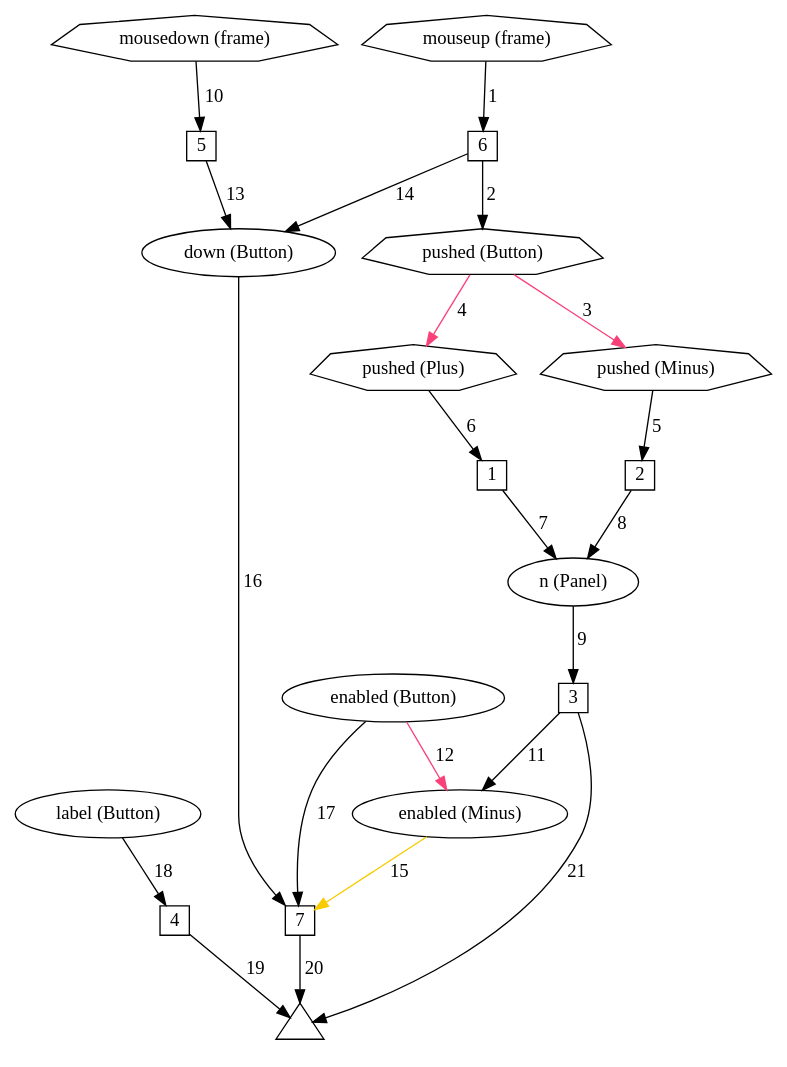
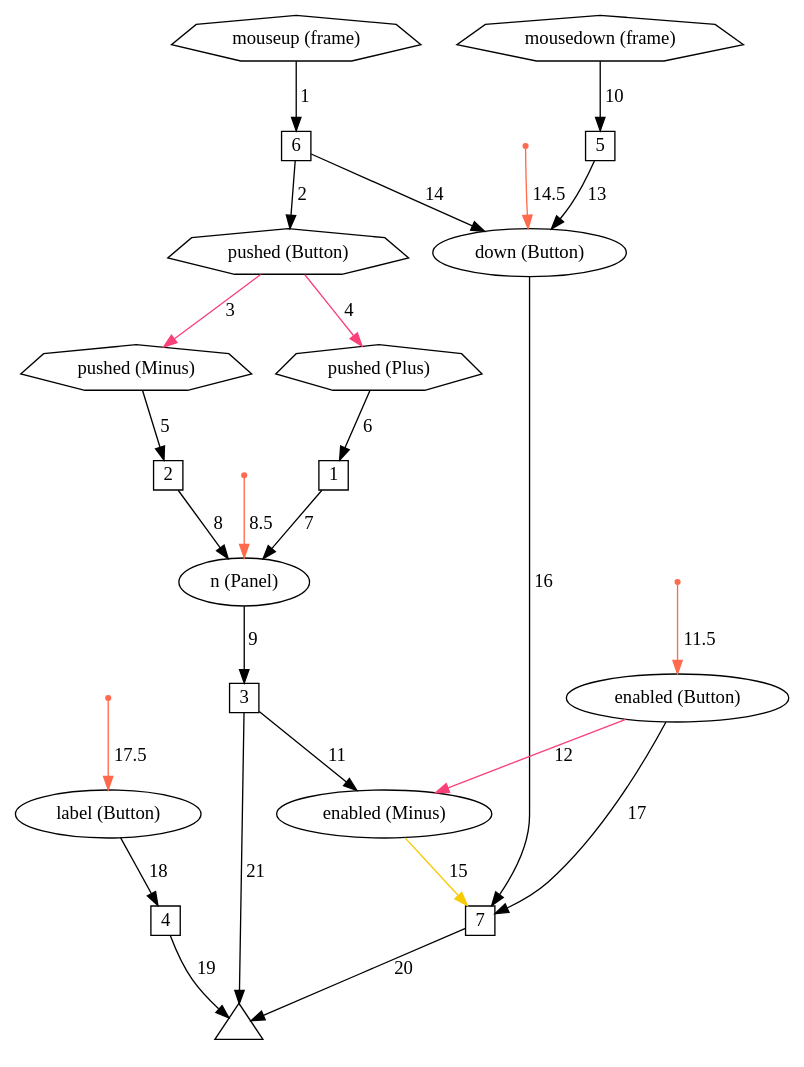
One commit to bendr/bender changed the diagram in spec/fig/graph-panel.gv. Above: the diagram before and after it, drawn with Graphviz. The commit also changed 12 other files, not shown here.

```diff
--- a/spec/fig/graph-panel.gv
+++ b/spec/fig/graph-panel.gv
@@ -1,46 +1,55 @@
 digraph bender {
   node [fontname="Avenir Next"];
   edge [fontname="Avenir Next"];
 
   t [label="", shape=triangle, fixedsize=true, width=0.5];
   w4 [label="4", shape=square, fixedsize=true, width=0.3];
   label [label="label (Button)"];
   w5 [label="5", shape=square, fixedsize=true, width=0.3];
   mousedown [label="mousedown (frame)", shape=septagon];
   down [label="down (Button)"];
   w6 [label="6", shape=square, fixedsize=true, width=0.3];
   mouseup [label="mouseup (frame)", shape=septagon];
   pushed [label="pushed (Button)", shape=septagon];
   w7 [label="7", shape=square, fixedsize=true, width=0.3];
   enabled [label="enabled (Button)"];
   w1 [label="1", shape=square, fixedsize=true, width=0.3];
   ppushed [label="pushed (Plus)", shape=septagon];
   n [label="n (Panel)"];
   w2 [label="2", shape=square, fixedsize=true, width=0.3];
   mpushed [label="pushed (Minus)", shape=septagon];
   w3 [label="3", shape=square, fixedsize=true, width=0.3];
   menabled [label="enabled (Minus)"];
 
   mouseup -> w6 [label=" 1"];
   w6 -> pushed [label=" 2"];
   pushed -> mpushed [label=" 3", color="#f94179"];
   pushed -> ppushed [label=" 4", color="#f94179"];
   mpushed -> w2 [label=" 5"];
   ppushed -> w1 [label=" 6"];
   w1 -> n [label=" 7"];
   w2 -> n [label=" 8"];
   n -> w3 [label=" 9"];
   mousedown -> w5 [label=" 10"];
   w3 -> menabled [label=" 11"];
   enabled -> menabled [label=" 12", color="#f94179"];
   w5 -> down [label=" 13"];
   w6 -> down [label=" 14"];
   menabled -> w7 [label=" 15", color="#f8ca00"];
   down -> w7 [label=" 16"];
   enabled -> w7 [label=" 17"];
   label -> w4 [label=" 18"];
   w4 -> t [label=" 19"];
   w7 -> t [label=" 20"];
   w3 -> t [label=" 21"];
 
+  init_n [shape=point, label="", color="#ff6a4d"]
+  init_n -> n [color="#ff6a4d", label=" 8.5"];
+  init_enabled [shape=point, label="", color="#ff6a4d"]
+  init_enabled -> enabled [color="#ff6a4d", label=" 11.5"];
+  init_down [shape=point, label="", color="#ff6a4d"]
+  init_down -> down [color="#ff6a4d", label=" 14.5"];
+  init_label [shape=point, label="", color="#ff6a4d"]
+  init_label -> label [color="#ff6a4d", label=" 17.5"];
+
 }
```
